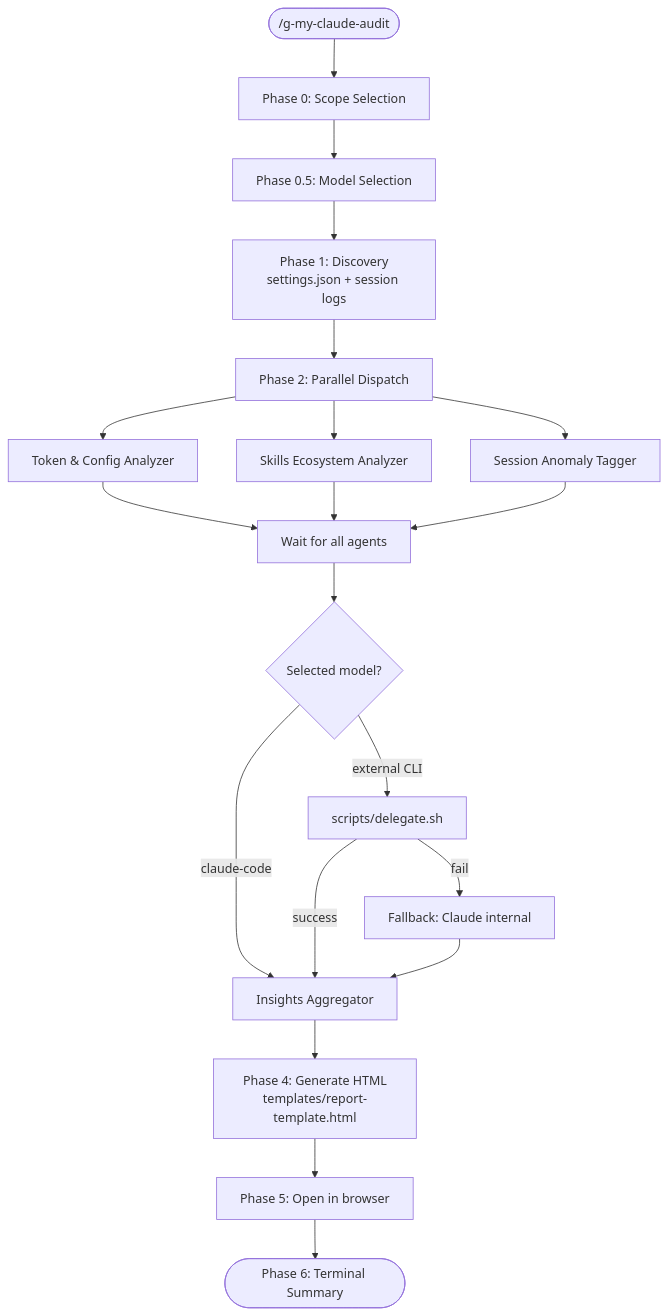
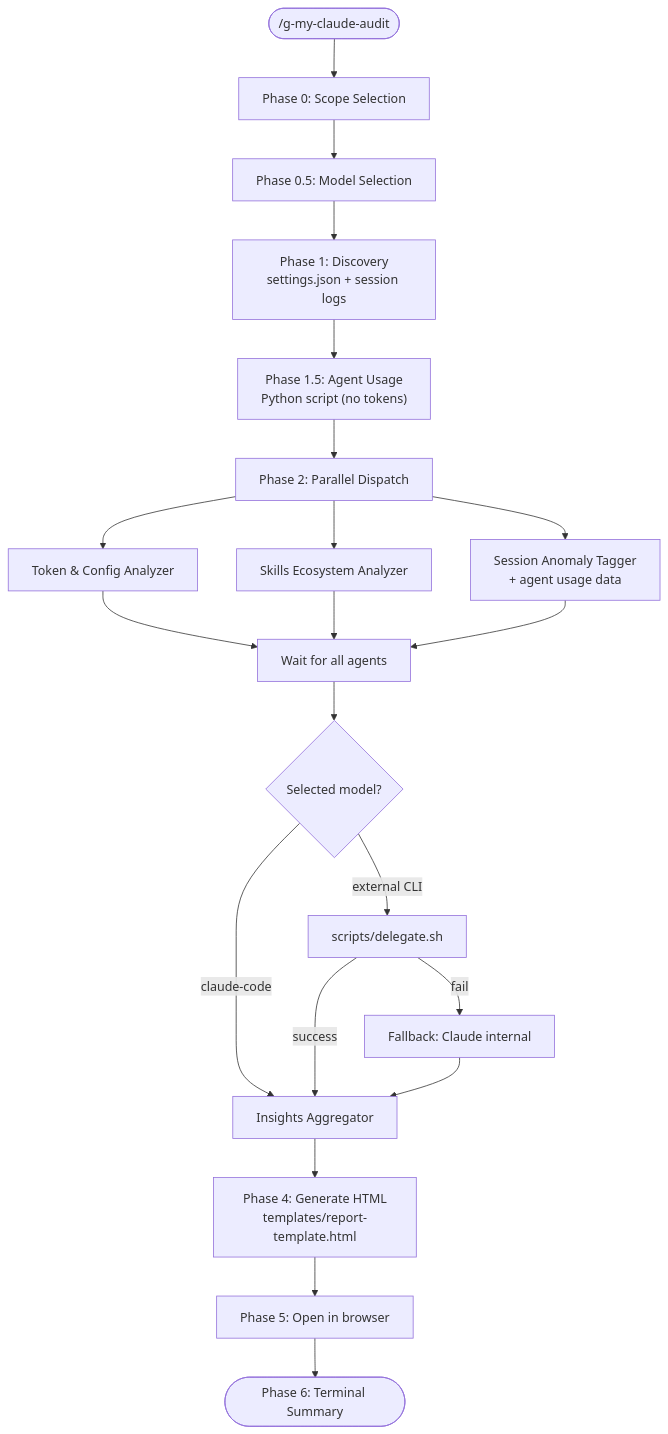
One commit to gloriaJun/harness changed the diagram in skills/my-claude-audit/SKILL.md. Above: the diagram before and after it, drawn with Mermaid. The commit also changed other lines of this file and 5 other files, not shown here.

First line of the commit message:
feat: add agent usage analysis to g-my-claude-audit

````diff
--- a/skills/my-claude-audit/SKILL.md
+++ b/skills/my-claude-audit/SKILL.md
@@ -17,24 +17,25 @@
 ```mermaid
 flowchart TD
     A(["/g-my-claude-audit"]) --> B["Phase 0: Scope Selection"]
     B --> C["Phase 0.5: Model Selection"]
     C --> D["Phase 1: Discovery\nsettings.json + session logs"]
-    D --> E["Phase 2: Parallel Dispatch"]
+    D --> D2["Phase 1.5: Agent Usage\nPython script (no tokens)"]
+    D2 --> E["Phase 2: Parallel Dispatch"]
 
     E --> F1["Token & Config Analyzer"]
     E --> F2["Skills Ecosystem Analyzer"]
-    E --> F3["Session Anomaly Tagger"]
+    E --> F3["Session Anomaly Tagger\n+ agent usage data"]
 
     F1 & F2 & F3 --> G["Wait for all agents"]
 
     G --> H{"Selected model?"}
     H -- "external CLI" --> I["scripts/delegate.sh"]
     H -- "claude-code" --> J["Insights Aggregator"]
     I -- "success" --> J
     I -- "fail" --> K["Fallback: Claude internal"]
     K --> J
 
     J --> L["Phase 4: Generate HTML\ntemplates/report-template.html"]
     L --> M["Phase 5: Open in browser"]
     M --> N(["Phase 6: Terminal Summary"])
 ```
````
